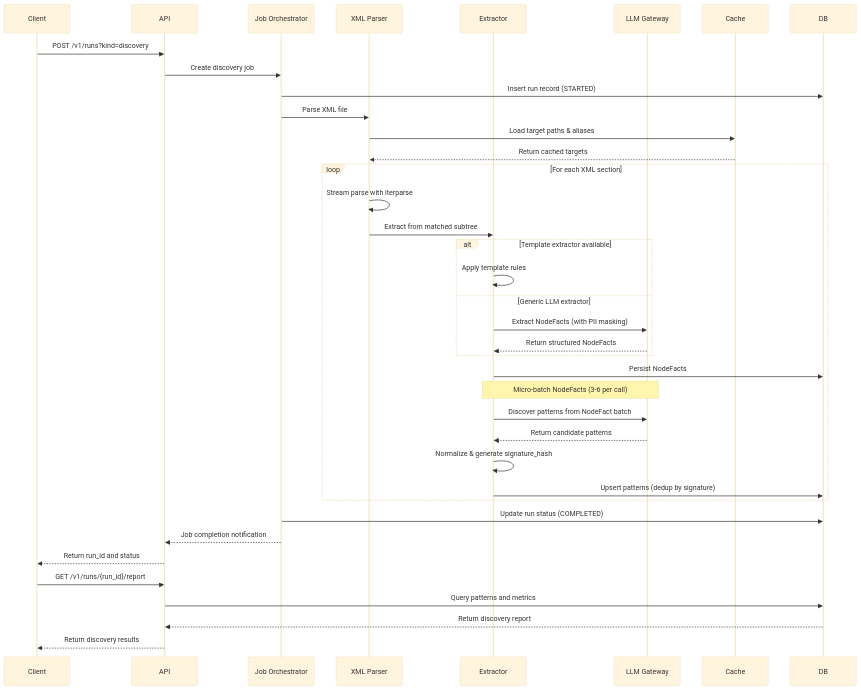
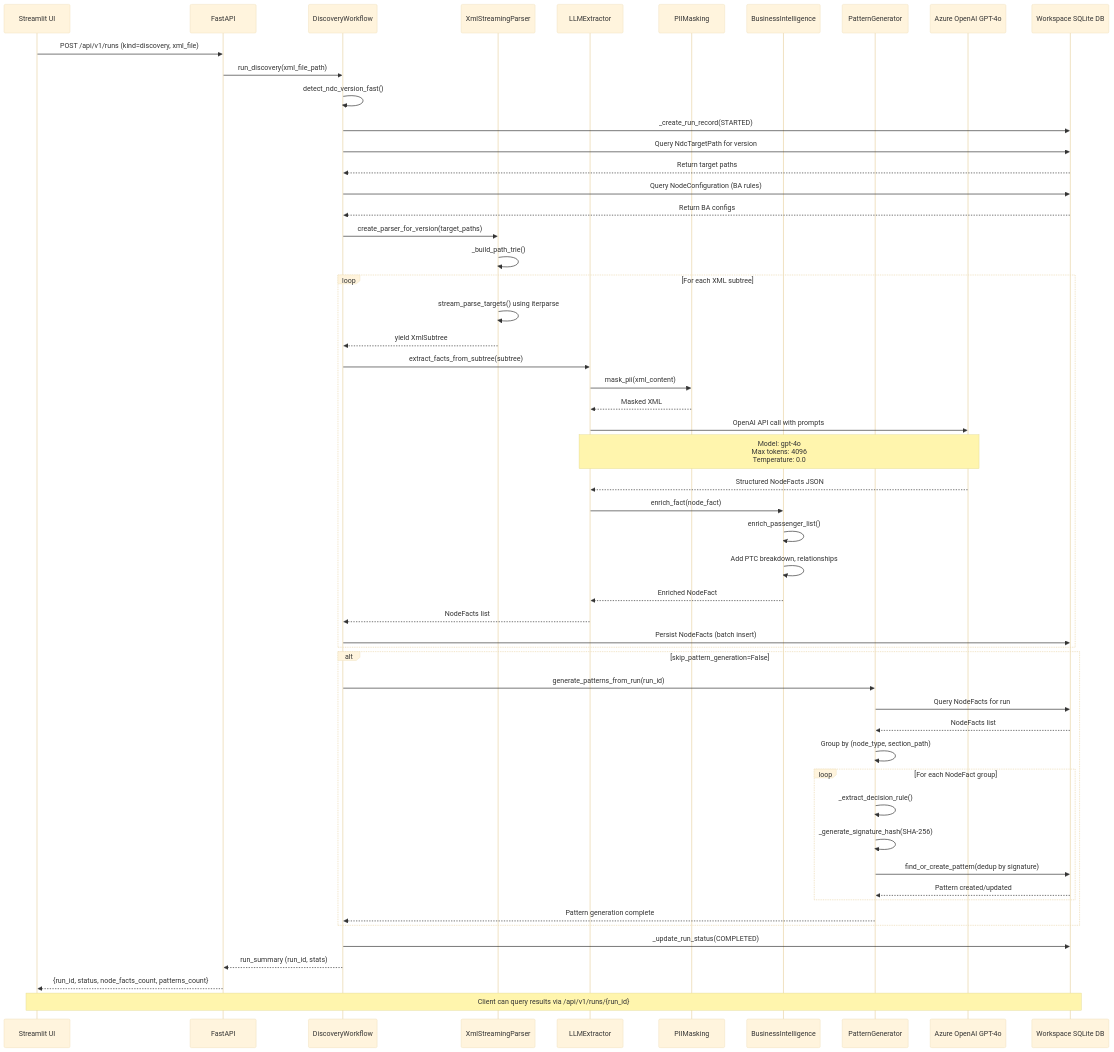
Before and after one commit to nikhil-codes-hub/ad_revamped: the first of 11 diagrams in docs/System_Diagrams.md, drawn with Mermaid (base theme). The commit also changed other lines of this file, not shown here.

````diff
--- a/docs/System_Diagrams.md
+++ b/docs/System_Diagrams.md
@@ -5,49 +21,73 @@
 ```mermaid
 sequenceDiagram
-    participant Client
-    participant API
-    participant JobOrch as Job Orchestrator
-    participant Parser as XML Parser
-    participant Extractor
-    participant LLM as LLM Gateway
-    participant Cache
-    participant DB
+    participant Client as Streamlit UI
+    participant API as FastAPI
+    participant DW as DiscoveryWorkflow
+    participant Parser as XmlStreamingParser
+    participant LLMExt as LLMExtractor
+    participant PII as PIIMasking
+    participant BI as BusinessIntelligence
+    participant PatGen as PatternGenerator
+    participant Azure as Azure OpenAI GPT-4o
+    participant WSDb as Workspace SQLite DB
 
-    Client->>API: POST /v1/runs?kind=discovery
-    API->>JobOrch: Create discovery job
-    JobOrch->>DB: Insert run record (STARTED)
+    Client->>API: POST /api/v1/runs (kind=discovery, xml_file)
+    API->>DW: run_discovery(xml_file_path)
 
-    JobOrch->>Parser: Parse XML file
-    Parser->>Cache: Load target paths & aliases
-    Cache-->>Parser: Return cached targets
+    DW->>DW: detect_ndc_version_fast()
+    DW->>WSDb: _create_run_record(STARTED)
+    DW->>WSDb: Query NdcTargetPath for version
+    WSDb-->>DW: Return target paths
+    DW->>WSDb: Query NodeConfiguration (BA rules)
+    WSDb-->>DW: Return BA configs
 
-    loop For each XML section
-        Parser->>Parser: Stream parse with iterparse
-        Parser->>Extractor: Extract from matched subtree
+    DW->>Parser: create_parser_for_version(target_paths)
+    Parser->>Parser: _build_path_trie()
 
-        alt Template extractor available
-            Extractor->>Extractor: Apply template rules
-        else Generic LLM extractor
-            Extractor->>LLM: Extract NodeFacts (with PII masking)
-            LLM-->>Extractor: Return structured NodeFacts
+    loop For each XML subtree
+        Parser->>Parser: stream_parse_targets() using iterparse
+        Parser-->>DW: yield XmlSubtree
+
+        DW->>LLMExt: extract_facts_from_subtree(subtree)
+
+        LLMExt->>PII: mask_pii(xml_content)
+        PII-->>LLMExt: Masked XML
+
+        LLMExt->>Azure: OpenAI API call with prompts
+        Note over LLMExt,Azure: Model: gpt-4o<br/>Max tokens: 4096<br/>Temperature: 0.0
+        Azure-->>LLMExt: Structured NodeFacts JSON
+
+        LLMExt->>BI: enrich_fact(node_fact)
+        BI->>BI: enrich_passenger_list()
+        BI->>BI: Add PTC breakdown, relationships
+        BI-->>LLMExt: Enriched NodeFact
+
+        LLMExt-->>DW: NodeFacts list
+
+        DW->>WSDb: Persist NodeFacts (batch insert)
+    end
+
+    alt skip_pattern_generation=False
+        DW->>PatGen: generate_patterns_from_run(run_id)
+
+        PatGen->>WSDb: Query NodeFacts for run
+        WSDb-->>PatGen: NodeFacts list
+
+        PatGen->>PatGen: Group by (node_type, section_path)
+
+        loop For each NodeFact group
+            PatGen->>PatGen: _extract_decision_rule()
+            PatGen->>PatGen: _generate_signature_hash(SHA-256)
+            PatGen->>WSDb: find_or_create_pattern(dedup by signature)
+            WSDb-->>PatGen: Pattern created/updated
         end
 
-        Extractor->>DB: Persist NodeFacts
-
-        Note over Extractor,LLM: Micro-batch NodeFacts (3-6 per call)
-        Extractor->>LLM: Discover patterns from NodeFact batch
-        LLM-->>Extractor: Return candidate patterns
-
-        Extractor->>Extractor: Normalize & generate signature_hash
-        Extractor->>DB: Upsert patterns (dedup by signature)
+        PatGen-->>DW: Pattern generation complete
     end
 
-    JobOrch->>DB: Update run status (COMPLETED)
-    JobOrch-->>API: Job completion notification
-    API-->>Client: Return run_id and status
+    DW->>WSDb: _update_run_status(COMPLETED)
+    DW-->>API: run_summary (run_id, stats)
+    API-->>Client: {run_id, status, node_facts_count, patterns_count}
 
-    Client->>API: GET /v1/runs/{run_id}/report
-    API->>DB: Query patterns and metrics
-    DB-->>API: Return discovery report
-    API-->>Client: Return discovery results
+    Note over Client,WSDb: Client can query results via /api/v1/runs/{run_id}
 ```
````
